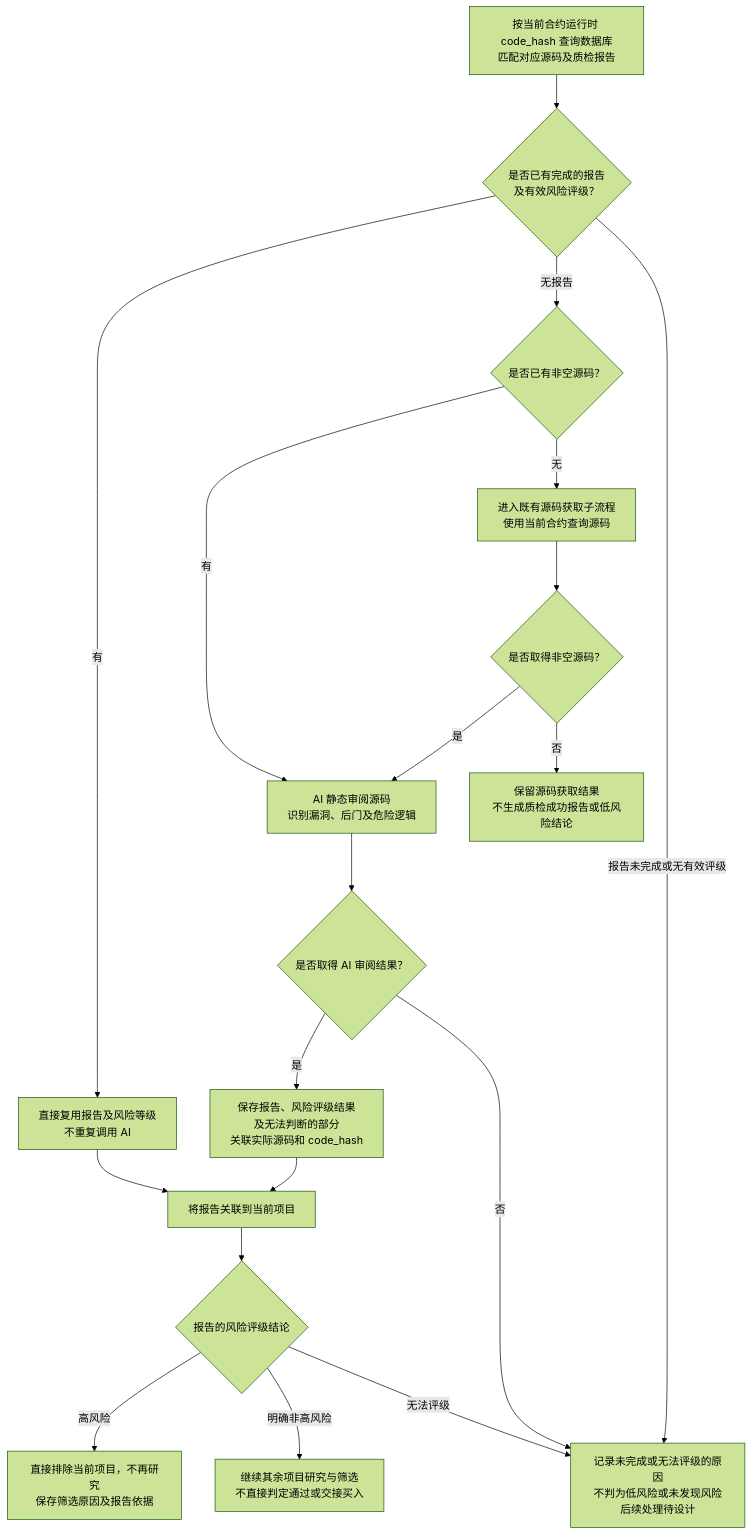
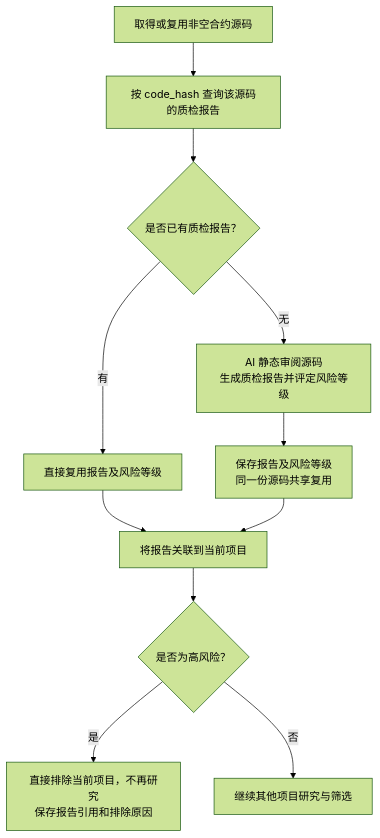
One commit to useryege/athena-o changed the diagram in docs/project/token-contract-review-flow.md. Above: the diagram before and after it, drawn with Mermaid (forest theme). The commit also changed other lines of this file and 5 other files, not shown here.

````diff
--- a/docs/project/token-contract-review-flow.md
+++ b/docs/project/token-contract-review-flow.md
@@ -15,21 +15,13 @@
 ```mermaid
 flowchart TD
-    A["按当前合约运行时 code_hash 查询数据库<br/>匹配对应源码及质检报告"] --> B{"是否已有完成的报告<br/>及有效风险评级？"}
-    B -->|有| C["直接复用报告及风险等级<br/>不重复调用 AI"]
-    B -->|无报告| D{"是否已有非空源码？"}
-    B -->|报告未完成或无有效评级| H["记录未完成或无法评级的原因<br/>不判为低风险或未发现风险<br/>后续处理待设计"]
-    D -->|有| E["AI 静态审阅源码<br/>识别漏洞、后门及危险逻辑"]
-    E --> F{"是否取得 AI 审阅结果？"}
-    F -->|是| G["保存报告、风险评级结果<br/>及无法判断的部分<br/>关联实际源码和 code_hash"]
-    F -->|否| H
-    D -->|无| N["进入既有源码获取子流程<br/>使用当前合约查询源码"]
-    N --> O{"是否取得非空源码？"}
-    O -->|是| E
-    O -->|否| I["保留源码获取结果<br/>不生成质检成功报告或低风险结论"]
-    C --> J["将报告关联到当前项目"]
-    G --> J
-    J --> K{"报告的风险评级结论"}
-    K -->|高风险| L["直接排除当前项目，不再研究<br/>保存筛选原因及报告依据"]
-    K -->|明确非高风险| M["继续其余项目研究与筛选<br/>不直接判定通过或交接买入"]
-    K -->|无法评级| H
+    A["取得或复用非空合约源码"] --> B["按 code_hash 查询该源码的质检报告"]
+    B --> C{"是否已有质检报告？"}
+    C -->|有| D["直接复用报告及风险等级"]
+    C -->|无| E["AI 静态审阅源码<br/>生成质检报告并评定风险等级"]
+    E --> F["保存报告及风险等级<br/>同一份源码共享复用"]
+    D --> G["将报告关联到当前项目"]
+    F --> G
+    G --> H{"是否为高风险？"}
+    H -->|是| I["直接排除当前项目，不再研究<br/>保存报告引用和排除原因"]
+    H -->|否| J["继续其他项目研究与筛选"]
 ```
````
